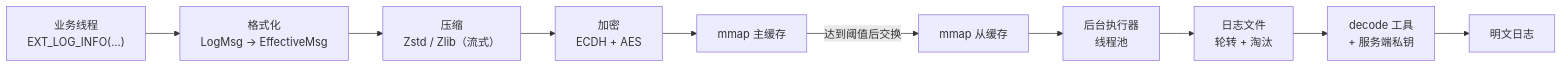
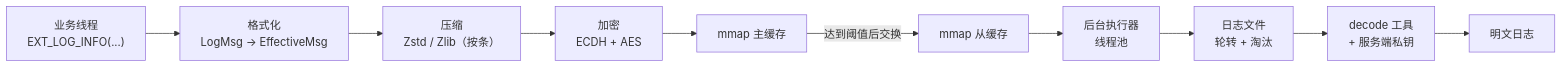
The diagram in README.zh-CN.md (oler-hero/high-performance-logger), drawn with Mermaid before and after one commit. The commit also changed other lines of this file and 1 other file, not shown here.

````diff
--- a/README.zh-CN.md
+++ b/README.zh-CN.md
@@ -41,12 +41,12 @@
 ```mermaid
 flowchart LR
     A["业务线程<br/>EXT_LOG_INFO(...)"] --> B["格式化<br/>LogMsg -> EffectiveMsg"]
-    B --> C["压缩<br/>Zstd / Zlib（流式）"]
+    B --> C["压缩<br/>Zstd / Zlib（按条）"]
     C --> D["加密<br/>ECDH + AES"]
     D --> E["mmap 主缓存"]
     E -->|"达到阈值后交换"| F["mmap 从缓存"]
     F --> G["后台执行器<br/>线程池"]
     G --> H["日志文件<br/>轮转 + 淘汰"]
     H --> I["decode 工具<br/>+ 服务端私钥"]
     I --> J["明文日志"]
 ```
````
